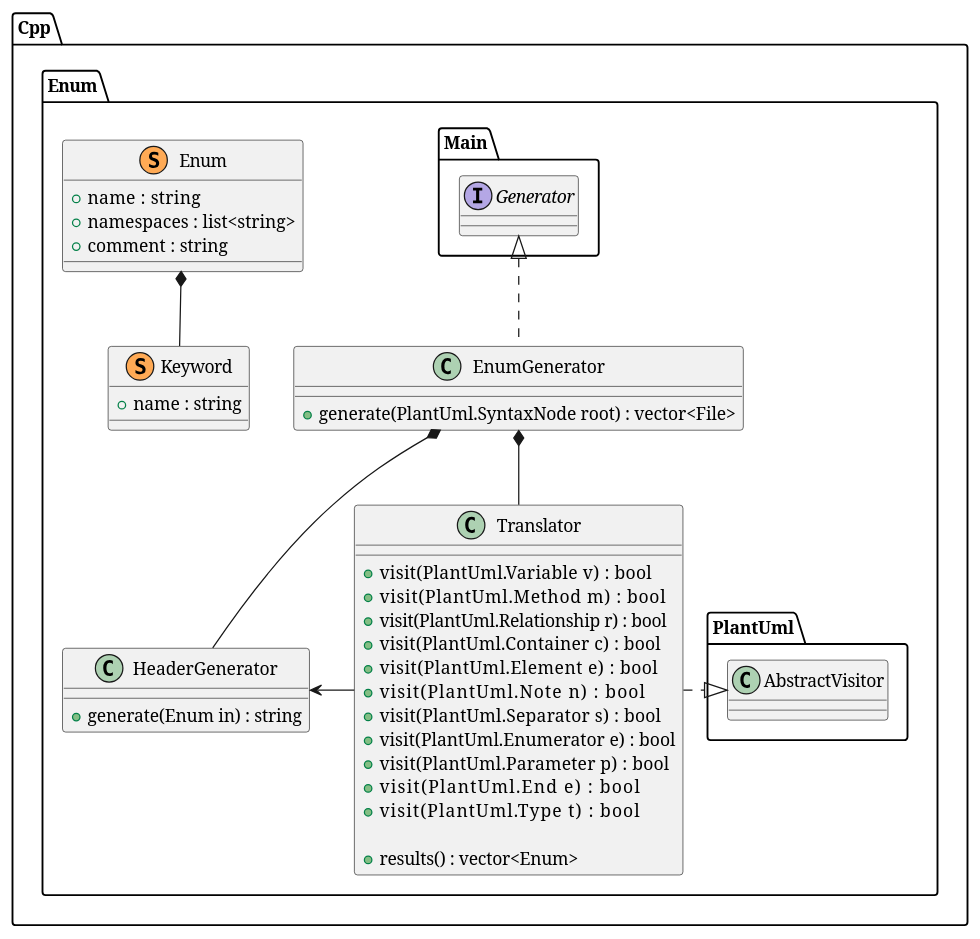
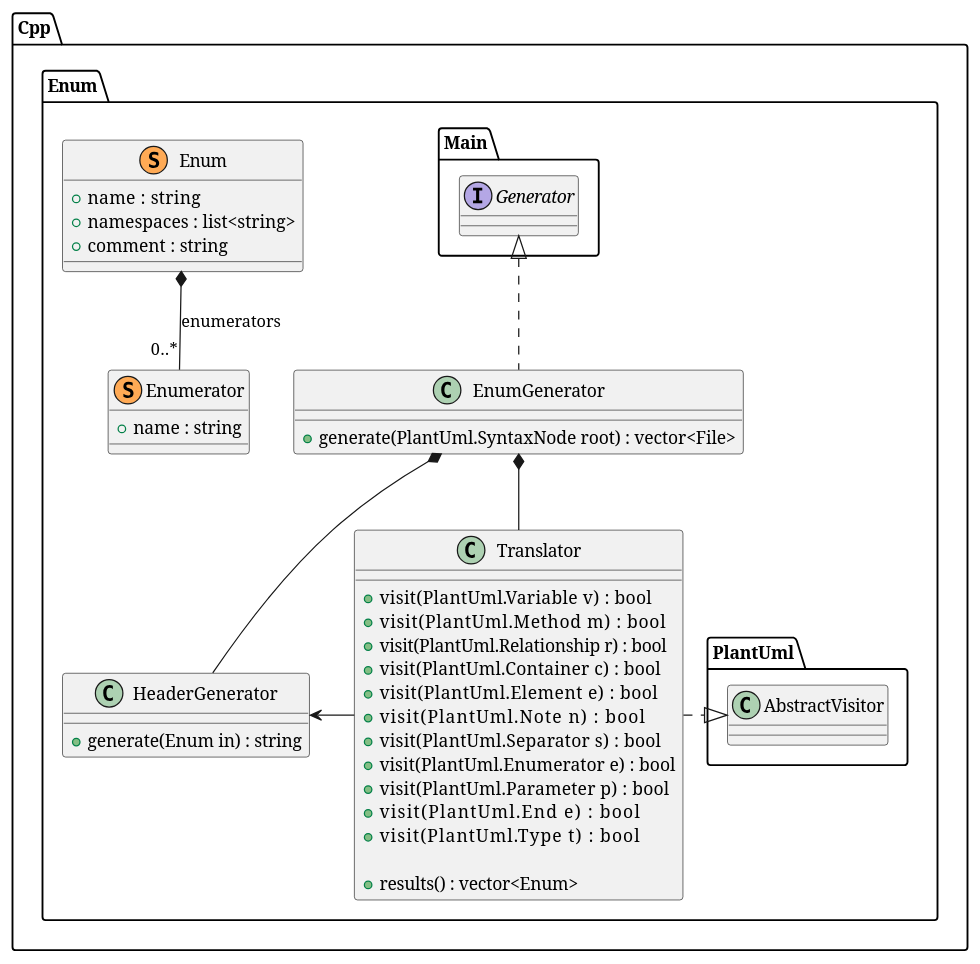
Before and after one commit to jteuber/PlantUML2Cpp: the diagram in models/Enum.puml, drawn with PlantUML. The commit also changed 9 other files, not shown here.

```diff
--- a/models/Enum.puml
+++ b/models/Enum.puml
@@ -1,48 +1,48 @@
 @startuml Enum
 
 namespace Cpp {
     namespace Enum {
         ' *************** ALGORITHMS ***************
         class HeaderGenerator {
             +generate(Enum in) : string
         }
 
         class Translator
         {
             +visit(PlantUml.Variable v)     : bool
             +visit(PlantUml.Method m)       : bool
             +visit(PlantUml.Relationship r) : bool
             +visit(PlantUml.Container c)    : bool
             +visit(PlantUml.Element e)      : bool
             +visit(PlantUml.Note n)         : bool
             +visit(PlantUml.Separator s)    : bool
             +visit(PlantUml.Enumerator e)   : bool
             +visit(PlantUml.Parameter p)    : bool
             +visit(PlantUml.End e)          : bool
             +visit(PlantUml.Type t)         : bool
 
             +results() : vector<Enum>
         }
         Translator .|> PlantUml.AbstractVisitor
         Translator -left-> HeaderGenerator
 
 
         class EnumGenerator implements Main.Generator {
             +generate(PlantUml.SyntaxNode root) : vector<File>
         }
         EnumGenerator *-- Translator
         EnumGenerator *-- HeaderGenerator
 
         class Enum << (S,#FFAA55) >> {
             +name  : string
             +namespaces : list<string>
             +comment : string
         }
-        class Keyword << (S,#FFAA55) >> {
+        class Enumerator << (S,#FFAA55) >> {
             +name : string
         }
 
-        Enum *-- Keyword
+        Enum *-- "0..*" Enumerator: enumerators
     }
 }
 @enduml
```
